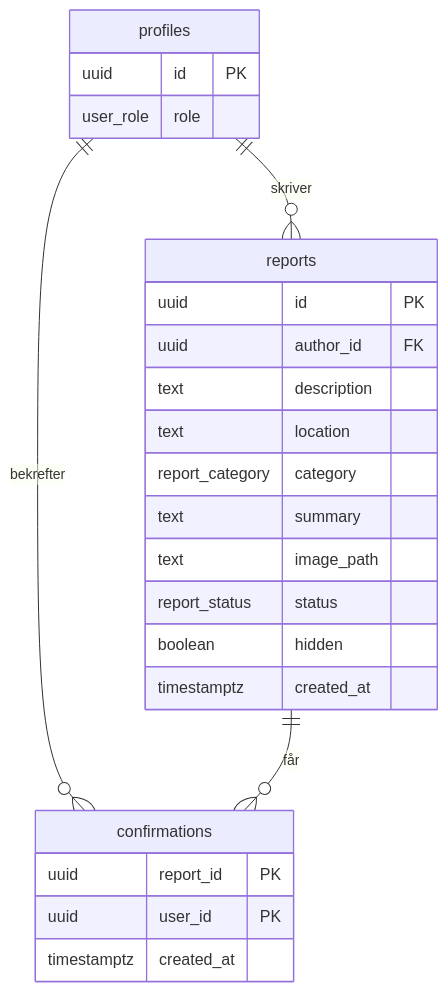
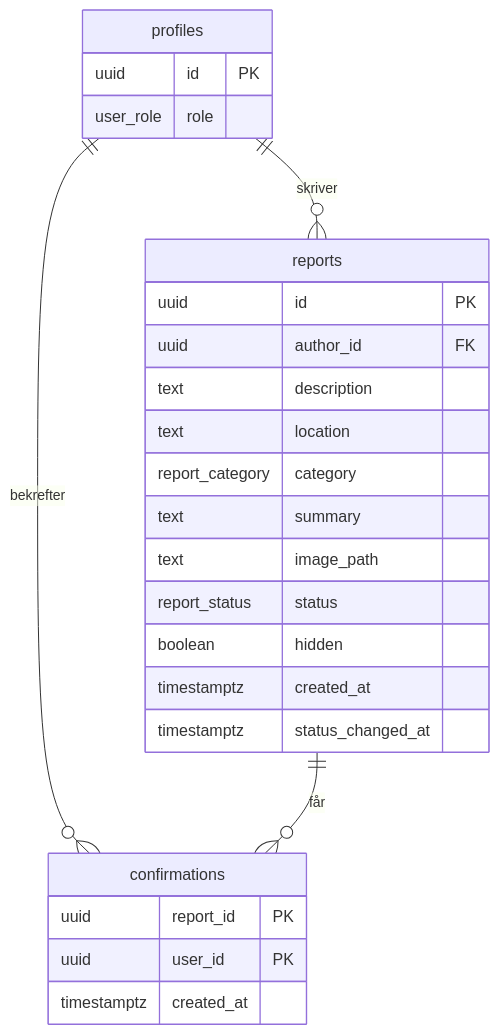
The second of 3 diagrams in docs/planning-artifacts/architecture/architecture-LocalFix-2026-10-28/ARCHITECTURE-SPINE.md (IBE160-2026/G80-abdulla), drawn with Mermaid before and after one commit. The commit also changed other lines of this file and 1 other file, not shown here.

First line of the commit message:
Oppdater arkitekturen med sist oppdatert (status_changed_at)

````diff
--- a/docs/planning-artifacts/architecture/architecture-LocalFix-2026-10-28/ARCHITECTURE-SPINE.md
+++ b/docs/planning-artifacts/architecture/architecture-LocalFix-2026-10-28/ARCHITECTURE-SPINE.md
@@ -187,27 +187,28 @@
 ```mermaid
 erDiagram
   profiles ||--o{ reports : "skriver"
   profiles ||--o{ confirmations : "bekrefter"
   reports ||--o{ confirmations : "får"
   profiles {
     uuid id PK
     user_role role
   }
   reports {
     uuid id PK
     uuid author_id FK
     text description
     text location
     report_category category
     text summary
     text image_path
     report_status status
     boolean hidden
     timestamptz created_at
+    timestamptz status_changed_at
   }
   confirmations {
     uuid report_id PK
     uuid user_id PK
     timestamptz created_at
   }
 ```
````
